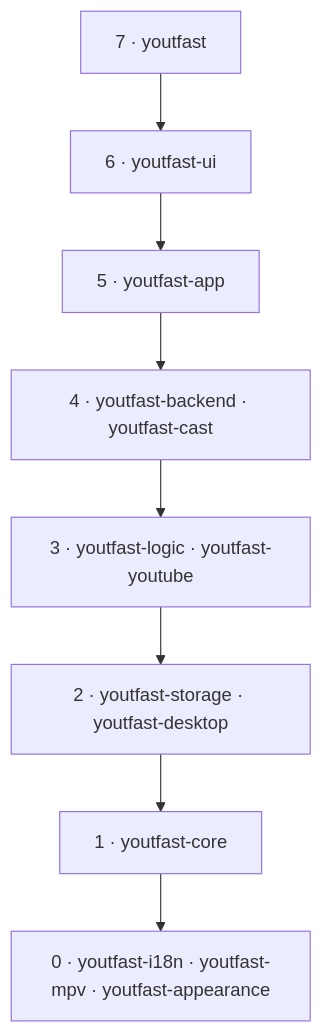
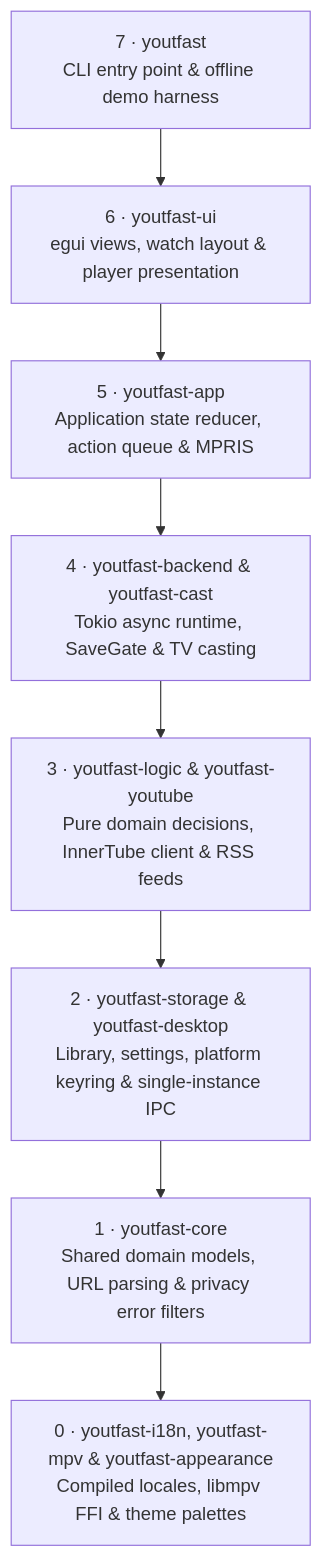
One commit to bcosta19/youtfast changed the first of 10 diagrams in docs/ARCHITECTURE.md. Above: the diagram before and after it, drawn with Mermaid. The commit also changed other lines of this file and 1 other file, not shown here.

Commit message:
docs: add standalone SVG architecture overview matching ai-memory style

````diff
--- a/docs/ARCHITECTURE.md
+++ b/docs/ARCHITECTURE.md
@@ -48,12 +28,12 @@
 ```mermaid
 flowchart TB
-    L7["7 · youtfast"]
-    L6["6 · youtfast-ui"]
-    L5["5 · youtfast-app"]
-    L4["4 · youtfast-backend · youtfast-cast"]
-    L3["3 · youtfast-logic · youtfast-youtube"]
-    L2["2 · youtfast-storage · youtfast-desktop"]
-    L1["1 · youtfast-core"]
-    L0["0 · youtfast-i18n · youtfast-mpv · youtfast-appearance"]
+    L7["7 · youtfast<br/>CLI entry point & offline demo harness"]
+    L6["6 · youtfast-ui<br/>egui views, watch layout & player presentation"]
+    L5["5 · youtfast-app<br/>Application state reducer, action queue & MPRIS"]
+    L4["4 · youtfast-backend & youtfast-cast<br/>Tokio async runtime, SaveGate & TV casting"]
+    L3["3 · youtfast-logic & youtfast-youtube<br/>Pure domain decisions, InnerTube client & RSS feeds"]
+    L2["2 · youtfast-storage & youtfast-desktop<br/>Library, settings, platform keyring & single-instance IPC"]
+    L1["1 · youtfast-core<br/>Shared domain models, URL parsing & privacy error filters"]
+    L0["0 · youtfast-i18n, youtfast-mpv & youtfast-appearance<br/>Compiled locales, libmpv FFI & theme palettes"]
     L7 --> L6 --> L5 --> L4 --> L3 --> L2 --> L1 --> L0
 ```
````
